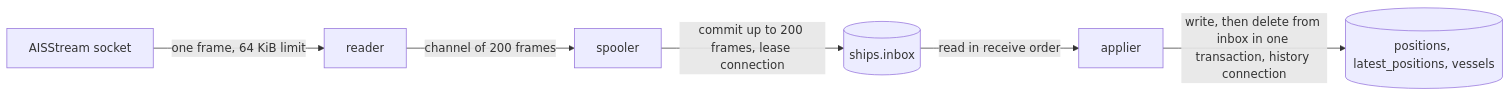
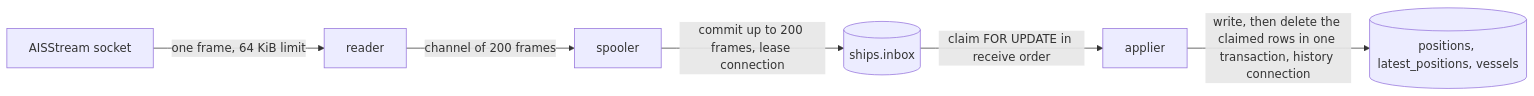
Before and after one commit to jomcgi-org/homelab: the diagram in projects/ships/ARCHITECTURE.md, drawn with Mermaid. The commit also changed other lines of this file and 2 other files, not shown here.

````diff
--- a/projects/ships/ARCHITECTURE.md
+++ b/projects/ships/ARCHITECTURE.md
@@ -106,8 +111,8 @@
 ```mermaid
 flowchart LR
   feed[AISStream socket] -->|one frame, 64 KiB limit| reader
   reader -->|channel of 200 frames| spooler
   spooler -->|commit up to 200 frames, lease connection| inbox[(ships.inbox)]
-  inbox -->|read in receive order| applier
-  applier -->|write, then delete from inbox in one transaction, history connection| tables[(positions, latest_positions, vessels)]
+  inbox -->|claim FOR UPDATE in receive order| applier
+  applier -->|write, then delete the claimed rows in one transaction, history connection| tables[(positions, latest_positions, vessels)]
 ```
````
